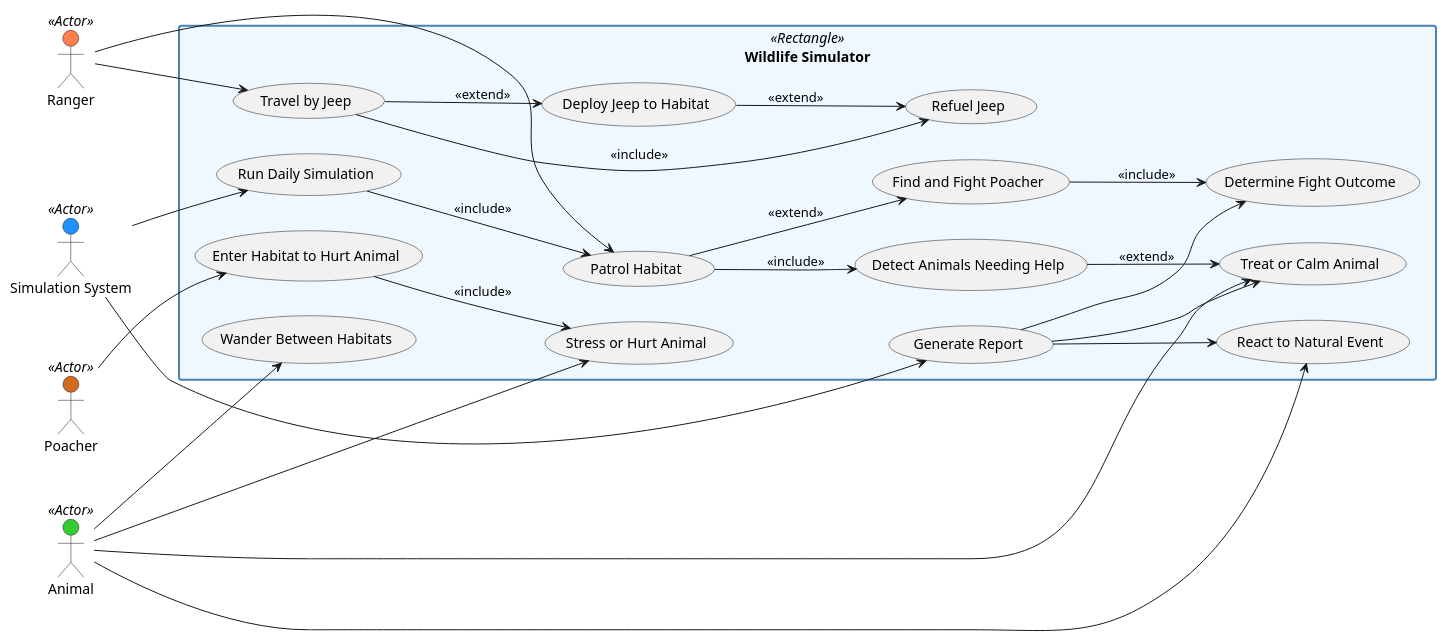
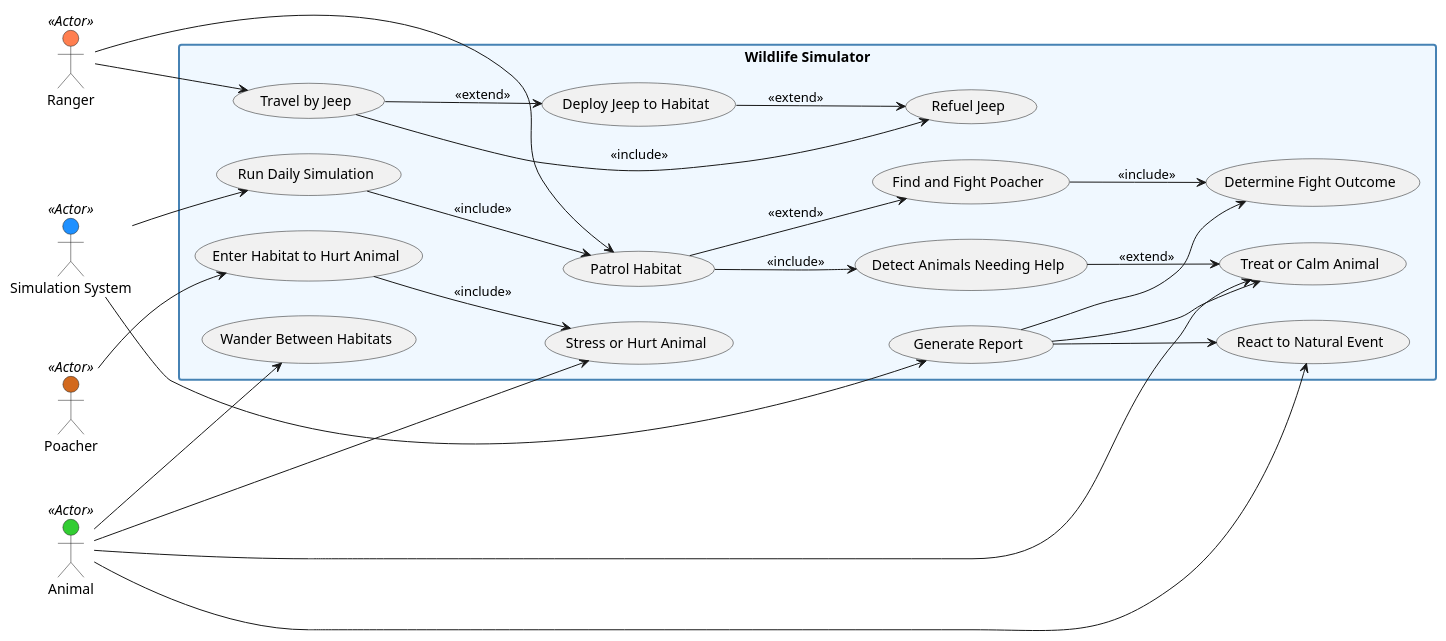
Before and after one commit to bobur-yusupov/university-courses-notes-practices: the diagram in oop1/assignments/big_assignment/use-case/use-case.puml, drawn with PlantUML. The commit also changed 9 other files, not shown here.

```diff
--- a/oop1/assignments/big_assignment/use-case/use-case.puml
+++ b/oop1/assignments/big_assignment/use-case/use-case.puml
@@ -1,80 +1,80 @@
 @startuml Wildlife Simulator - Use Case Diagram
 
 '=== ACTORS ===
 left to right direction
 
 actor Ranger as "Ranger" <<Actor>> #FF7F50
 actor Animal as "Animal" <<Actor>> #32CD32
 actor Poacher as "Poacher" <<Actor>> #D2691E
 actor SimulationSystem as "Simulation System" <<Actor>> #1E90FF
 
 '=== SYSTEM BOUNDARY ===
-rectangle "Wildlife Simulator" <<Rectangle>> {
+rectangle "Wildlife Simulator" {
     skinparam rectangle {
         BackgroundColor #F0F8FF
         BorderColor #4682B4
         BorderThickness 2
     }
 
     '=== Simulation Flow ===
     (Run Daily Simulation) as Run
     (Generate Report) as Report
 
     '=== Ranger Operations ===
     (Patrol Habitat) as Patrol
     (Detect Animals Needing Help) as Detect
     (Treat or Calm Animal) as AidAnimal
     (Find and Fight Poacher) as FightPoacher
     (Determine Fight Outcome) as FightOutcome
 
     '=== Vehicle Operations ===
     (Travel by Jeep) as Travel
     (Refuel Jeep) as Refuel
     (Deploy Jeep to Habitat) as Deploy
 
     '=== Poacher Actions ===
     (Enter Habitat to Hurt Animal) as Incursion
     (Stress or Hurt Animal) as PoacherHurt
 
     '=== Animal Behaviors ===
     (Wander Between Habitats) as Wander
     (React to Natural Event) as ReactEvent
 
     '=== Use Case Relationships ===
     Run --> Patrol : <<include>>
     
     Patrol --> Detect : <<include>>
     Detect --> AidAnimal : <<extend>>
     Patrol --> FightPoacher : <<extend>>
     FightPoacher --> FightOutcome : <<include>>
 
     Incursion --> PoacherHurt : <<include>>
 
     Travel --> Refuel : <<include>>
     Travel --> Deploy : <<extend>>
     Deploy --> Refuel : <<extend>>
     
     ' Report includes important outcomes
     Report --> AidAnimal
     Report --> FightOutcome
     Report --> ReactEvent
 }
 
 '=== SYSTEM INTERACTIONS ===
 SimulationSystem --> Run
 SimulationSystem --> Report
 
 '=== RANGER INTERACTIONS ===
 Ranger --> Patrol
 Ranger --> Travel
 
 '=== POACHER INTERACTIONS ===
 Poacher --> Incursion
 
 '=== ANIMAL INTERACTIONS ===
 Animal --> AidAnimal
 Animal --> PoacherHurt
 Animal --> ReactEvent
 Animal --> Wander
 
 @enduml
```
